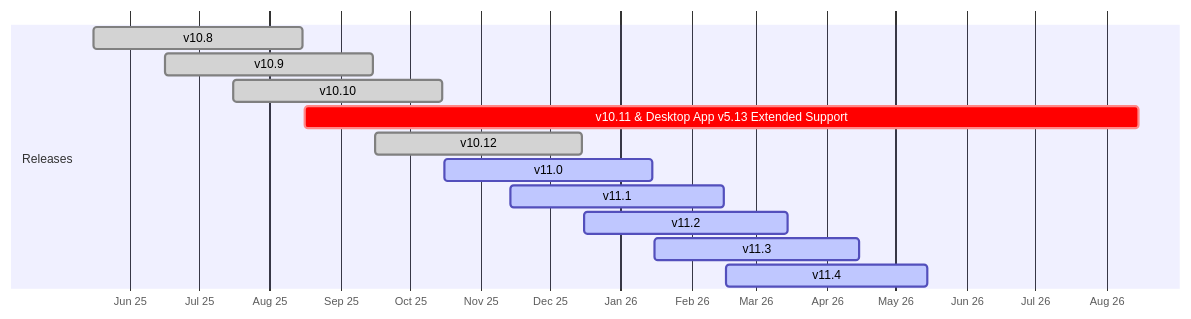
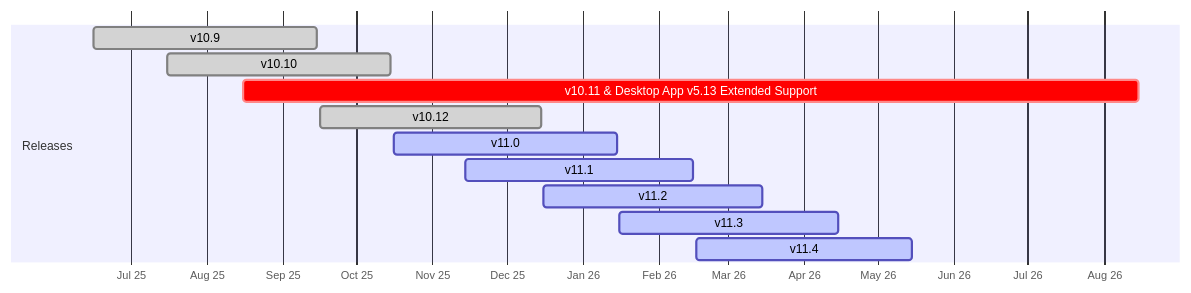
Before and after one commit to mattermost/docs: the diagram in source/product-overview/release-policy.md, drawn with Mermaid.

````diff
--- a/source/product-overview/release-policy.md
+++ b/source/product-overview/release-policy.md
@@ -44,18 +44,17 @@
 ```{mermaid}
 
 gantt
     dateFormat  YYYY-MM-DD
     axisFormat  %b %y
 
     section Releases
-    v10.8                  :done, 2025-05-16, 2025-08-15
     v10.9                  :done, 2025-06-16, 2025-09-15
     v10.10                 :done, 2025-07-16, 2025-10-15
     v10.11 & Desktop App v5.13 Extended Support :crit,    2025-08-16, 2026-08-15
     v10.12                 :done, 2025-09-16, 2025-12-15
     v11.0                  :active, 2025-10-16, 2026-01-15
     v11.1                  :active, 2025-11-14, 2026-02-15
     v11.2                  :active, 2025-12-16, 2026-03-15
     v11.3                  :active, 2026-01-16, 2026-04-15
     v11.4                  :active, 2026-02-16, 2026-05-15
 ```
````
